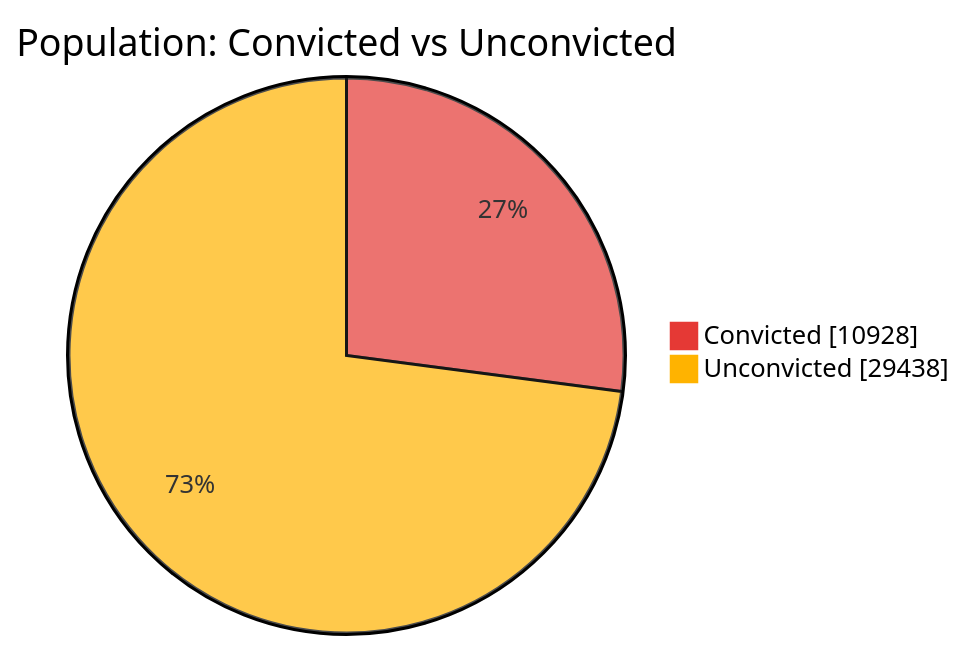
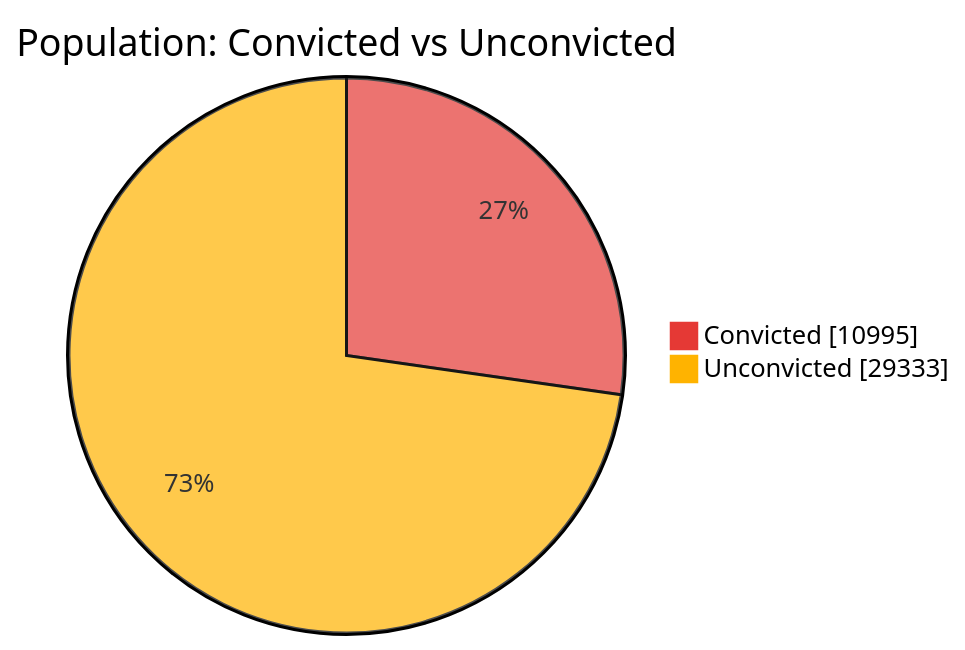
One commit to nuuuwan/lk_prisons changed the first of 7 diagrams in README.md. Above: the diagram before and after it, drawn with Mermaid. The commit also changed other lines of this file and 1 other file, not shown here.

````diff
--- a/README.md
+++ b/README.md
@@ -43,6 +43,6 @@
 ```mermaid
 %%{init: {'themeVariables': {'pie1': '#E53935', 'pie2': '#FFB300'}}}%%
 pie showData title Population: Convicted vs Unconvicted
-    "Convicted" : 10928
-    "Unconvicted" : 29438
+    "Convicted" : 10995
+    "Unconvicted" : 29333
 ```
````
